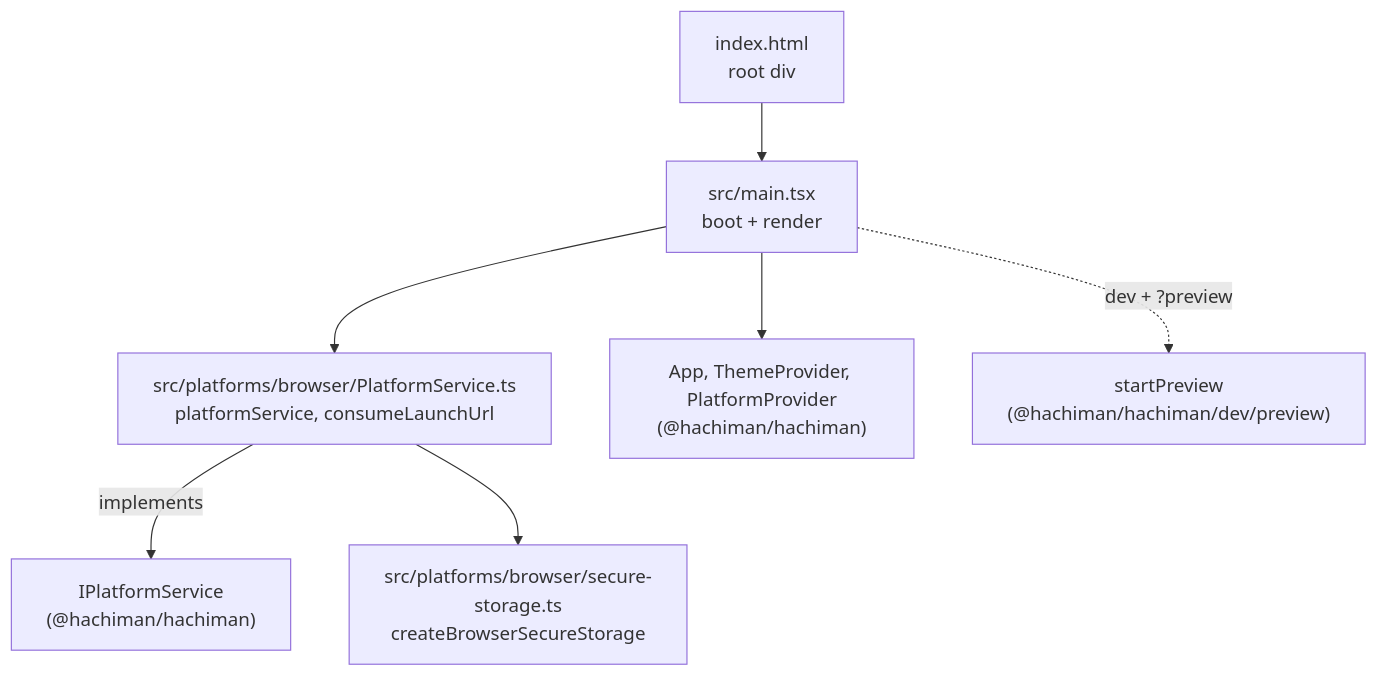
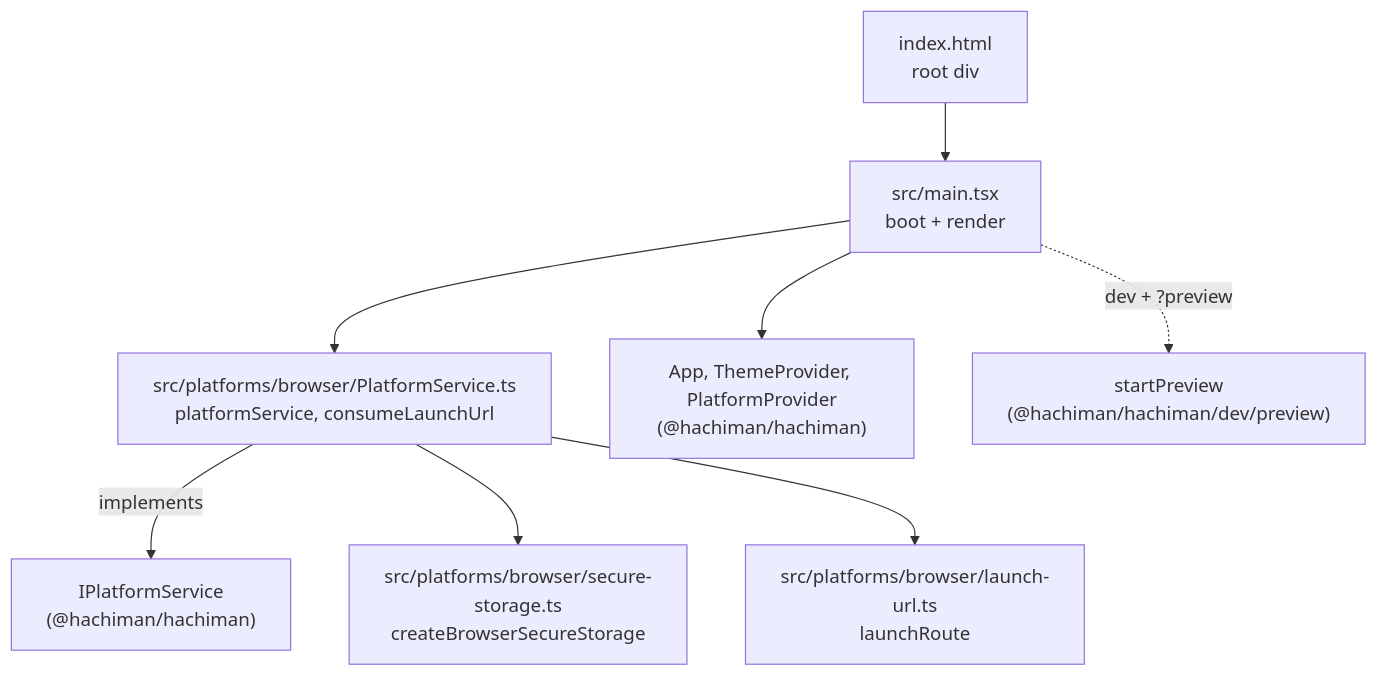
One commit to dan-hummelstad/hachiman changed the second of 3 diagrams in apps/hachiman-browser/README.md. Above: the diagram before and after it, drawn with Mermaid. The commit also changed other lines of this file and 42 other files, not shown here.

````diff
--- a/apps/hachiman-browser/README.md
+++ b/apps/hachiman-browser/README.md
@@ -33,17 +33,19 @@
 ```mermaid
 flowchart TD
   HTML["index.html<br/>root div"]
   MAIN["src/main.tsx<br/>boot + render"]
   PS["src/platforms/browser/PlatformService.ts<br/>platformService, consumeLaunchUrl"]
   KS["src/platforms/browser/secure-storage.ts<br/>createBrowserSecureStorage"]
+  LU["src/platforms/browser/launch-url.ts<br/>launchRoute"]
   IPS["IPlatformService<br/>(@hachiman/hachiman)"]
   APP["App, ThemeProvider, PlatformProvider<br/>(@hachiman/hachiman)"]
   PRE["startPreview<br/>(@hachiman/hachiman/dev/preview)"]
 
   HTML --> MAIN
   MAIN --> PS
   PS -- "implements" --> IPS
   PS --> KS
+  PS --> LU
   MAIN --> APP
   MAIN -.->|"dev + ?preview"| PRE
 ```
````
